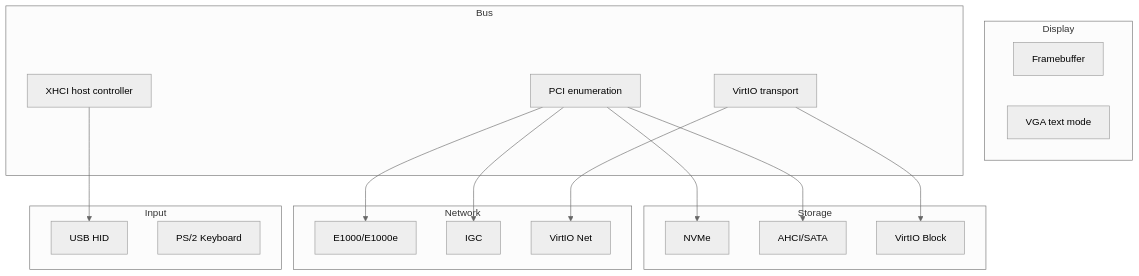
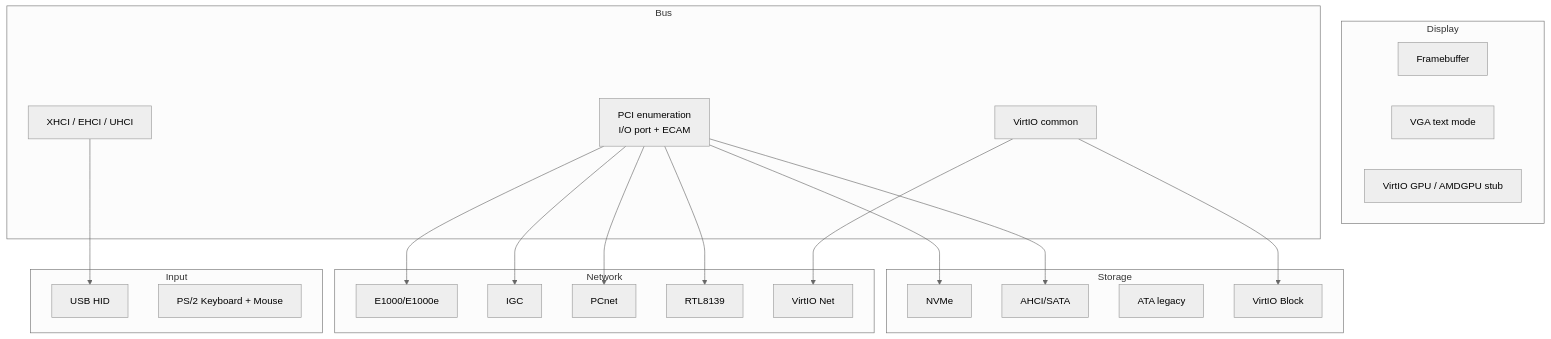
One commit to ggielly/strat9-os changed the first of 3 diagrams in docs-site/src/driver-model.md. Above: the diagram before and after it, drawn with Mermaid (neutral theme). The commit also changed other lines of this file and 70 other files, not shown here.

````diff
--- a/docs-site/src/driver-model.md
+++ b/docs-site/src/driver-model.md
@@ -9,38 +11,44 @@
 ```mermaid
 graph TB
     subgraph "Storage"
         NVMe[NVMe]
         AHCI[AHCI/SATA]
+        ATA[ATA legacy]
         VIO_BLK[VirtIO Block]
     end
 
     subgraph "Network"
         E1000[E1000/E1000e]
         IGC[IGC]
+        PCNET[PCnet]
+        RTL[RTL8139]
         VIO_NET[VirtIO Net]
     end
 
     subgraph "Input"
         USB_HID[USB HID]
-        PS2[PS/2 Keyboard]
+        PS2[PS/2 Keyboard + Mouse]
     end
 
     subgraph "Display"
         FB[Framebuffer]
         VGA[VGA text mode]
+        GPU[VirtIO GPU / AMDGPU stub]
     end
 
     subgraph "Bus"
-        PCI[PCI enumeration]
-        VIO[VirtIO transport]
-        USB[XHCI host controller]
+        PCI[PCI enumeration<br/>I/O port + ECAM]
+        VIO[VirtIO common]
+        USB[XHCI / EHCI / UHCI]
     end
 
     PCI --> NVMe
     PCI --> AHCI
     PCI --> E1000
     PCI --> IGC
+    PCI --> PCNET
+    PCI --> RTL
     VIO --> VIO_BLK
     VIO --> VIO_NET
     USB --> USB_HID
 ```
````
